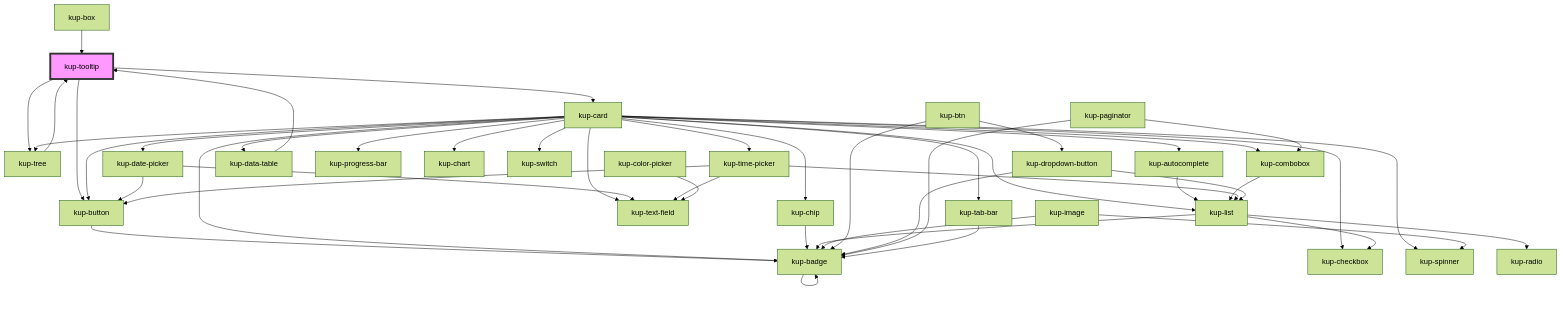
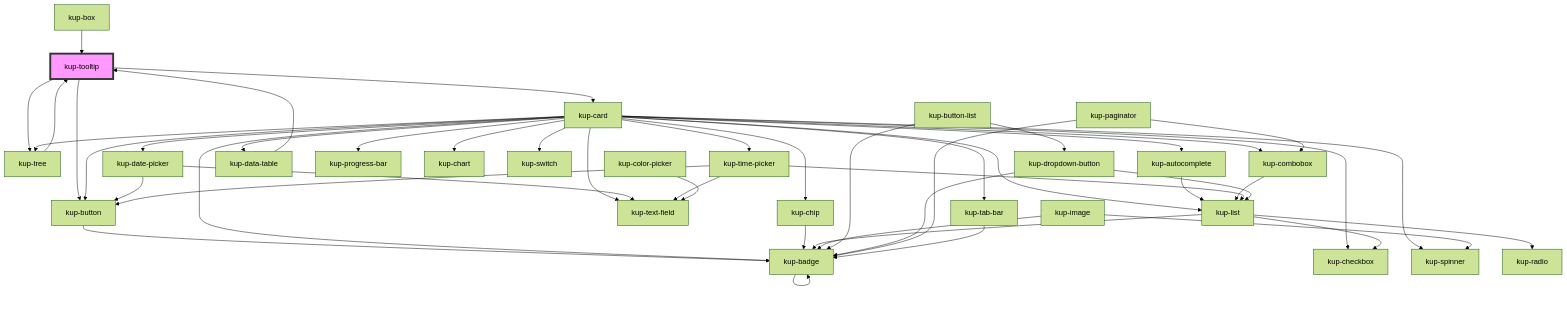
Before and after one commit to smeup/ketchup: the diagram in packages/ketchup/src/components/kup-tooltip/readme.md, drawn with Mermaid (forest theme). The commit also changed 36 other files, not shown here.

Commit message:
Refactor kup-btn to kup-button-list

````diff
--- a/packages/ketchup/src/components/kup-tooltip/readme.md
+++ b/packages/ketchup/src/components/kup-tooltip/readme.md
@@ -96,50 +96,50 @@
 ```mermaid
 graph TD;
   kup-tooltip --> kup-button
   kup-tooltip --> kup-card
   kup-tooltip --> kup-tree
   kup-button --> kup-badge
   kup-badge --> kup-badge
   kup-card --> kup-chip
   kup-card --> kup-badge
   kup-card --> kup-autocomplete
   kup-card --> kup-button
   kup-card --> kup-checkbox
   kup-card --> kup-combobox
   kup-card --> kup-date-picker
   kup-card --> kup-text-field
   kup-card --> kup-time-picker
   kup-card --> kup-data-table
   kup-card --> kup-list
   kup-card --> kup-progress-bar
   kup-card --> kup-chart
   kup-card --> kup-spinner
   kup-card --> kup-tab-bar
   kup-card --> kup-tree
   kup-card --> kup-switch
   kup-chip --> kup-badge
   kup-autocomplete --> kup-list
   kup-list --> kup-radio
   kup-list --> kup-checkbox
   kup-list --> kup-badge
   kup-combobox --> kup-list
   kup-date-picker --> kup-text-field
   kup-date-picker --> kup-button
   kup-time-picker --> kup-text-field
   kup-time-picker --> kup-button
   kup-time-picker --> kup-list
   kup-data-table --> kup-tooltip
   kup-image --> kup-spinner
   kup-image --> kup-badge
-  kup-btn --> kup-dropdown-button
-  kup-btn --> kup-badge
+  kup-button-list --> kup-dropdown-button
+  kup-button-list --> kup-badge
   kup-dropdown-button --> kup-list
   kup-dropdown-button --> kup-badge
   kup-color-picker --> kup-text-field
   kup-paginator --> kup-combobox
   kup-paginator --> kup-badge
   kup-tab-bar --> kup-badge
   kup-tree --> kup-tooltip
   kup-box --> kup-tooltip
   style kup-tooltip fill:#f9f,stroke:#333,stroke-width:4px
 ```
````
